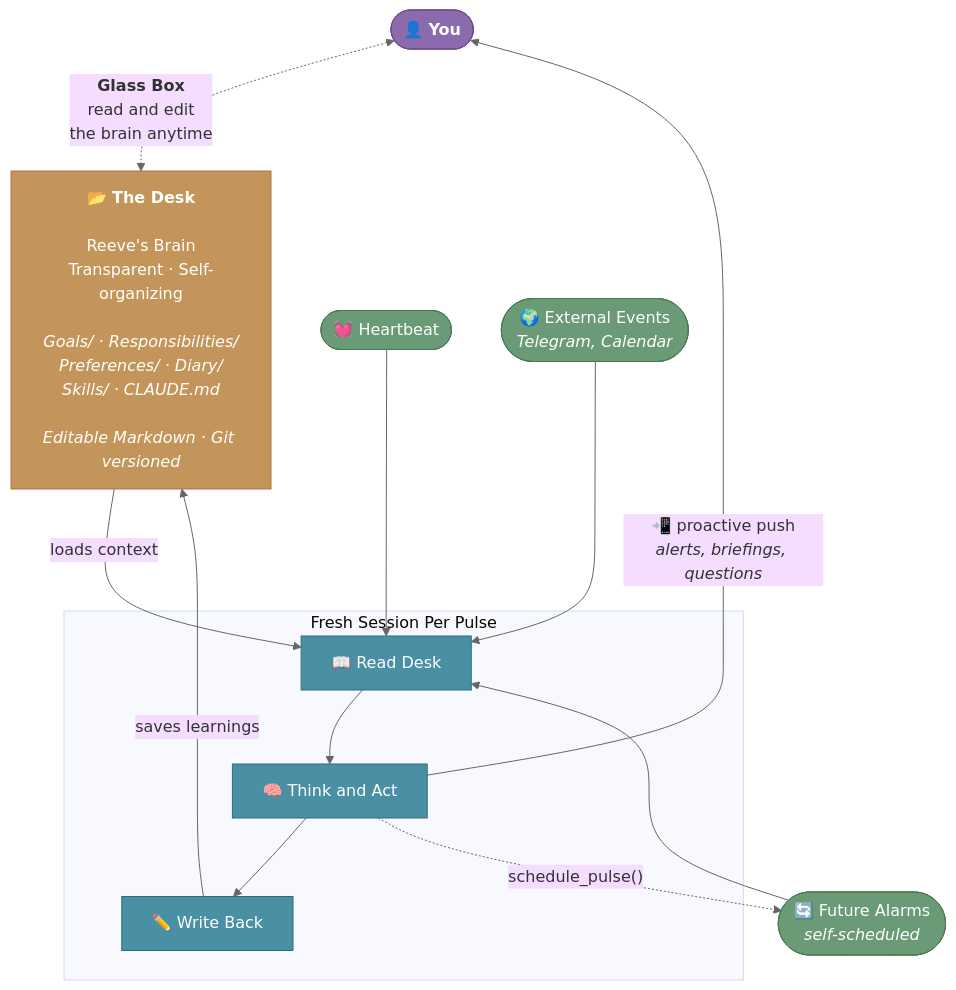
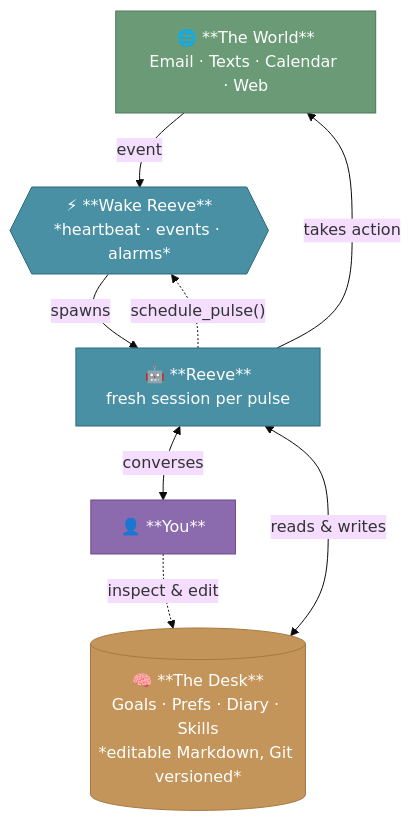
One commit to reubenjohn/reeve_bot changed the first of 2 diagrams in docs/index.md. Above: the diagram before and after it, drawn with Mermaid. The commit also changed other lines of this file, not shown here.

Commit message:
docs: Simplify conceptual overview diagram
Reduce from 8 nodes to 5 for a cleaner story:
- Unified "The World" node for both events and actions
- Central "Wake Reeve" convergence point for all triggers
- Bidirectional User ↔ Reeve communication
- Glass Box as a dotted inspect & edit edge

````diff
--- a/docs/index.md
+++ b/docs/index.md
@@ -60,47 +60,21 @@
 ```mermaid
-%%{init: {'theme': 'base', 'themeVariables': { 'lineColor': '#666'}}}%%
+%%{init: {'theme': 'base', 'flowchart': {'rankSpacing': 50}}}%%
 flowchart TB
-    User(["👤 <b>You</b>"])
-
-    Desk["📂 <b>The Desk</b><br/><br/>Reeve's Brain<br/>Transparent · Self-organizing<br/><br/><i>Goals/ · Responsibilities/</i><br/><i>Preferences/ · Diary/</i><br/><i>Skills/ · CLAUDE.md</i><br/><br/><i>Editable Markdown · Git versioned</i>"]
-
-    heartbeat(["💓 Heartbeat"])
-    external(["🌍 External Events<br/><i>Telegram, Calendar</i>"])
-    selfAlarm(["🔄 Future Alarms<br/><i>self-scheduled</i>"])
-
-    subgraph cycle["Fresh Session Per Pulse"]
-        read["📖 Read Desk"]
-        act["🧠 Think and Act"]
-        write["✏️ Write Back"]
-        read --> act --> write
-    end
-
-    %% Glass Box: User <-> Desk
-    User <-. "<b>Glass Box</b><br/>read and edit<br/>the brain anytime" .-> Desk
-
-    %% Desk <-> Session
-    Desk -- "loads context" --> read
-    write -- "saves learnings" --> Desk
-
-    %% Triggers --> Session
-    heartbeat --> read
-    external --> read
-    selfAlarm --> read
-
-    %% Reeve pushes to User
-    act -- "📲 proactive push<br/><i>alerts, briefings, questions</i>" --> User
-
-    %% Self-scheduling
-    act -. "schedule_pulse()" .-> selfAlarm
-
-    %% Styles
     classDef user fill:#8b6aad,stroke:#6b4a8d,color:#fff
     classDef brain fill:#c4955a,stroke:#a67940,color:#fff
     classDef core fill:#4a90a4,stroke:#2e6b7a,color:#fff
     classDef ext fill:#6b9b76,stroke:#4a7a54,color:#fff
 
-    class User user
-    class Desk brain
-    class read,act,write core
-    class heartbeat,external,selfAlarm ext
+    World["🌐 **The World**<br/>Email · Texts · Calendar · Web"]:::ext
+
+    World -->|"event"| Wake{{"⚡ **Wake Reeve**<br/>*heartbeat · events · alarms*"}}:::core
+
+    Wake -->|"spawns"| Reeve["🤖 **Reeve**<br/>fresh session per pulse"]:::core
+
+    Reeve <-->|"converses"| You["👤 **You**"]:::user
+    Reeve <-->|"reads &amp; writes"| Desk[("🧠 **The Desk**<br/>Goals · Prefs · Diary · Skills<br/>*editable Markdown, Git versioned*")]:::brain
+    Reeve -->|"takes action"| World
+    Reeve -.->|"schedule_pulse()"| Wake
+
+    You -.->|"inspect &amp; edit"| Desk
 ```
````
